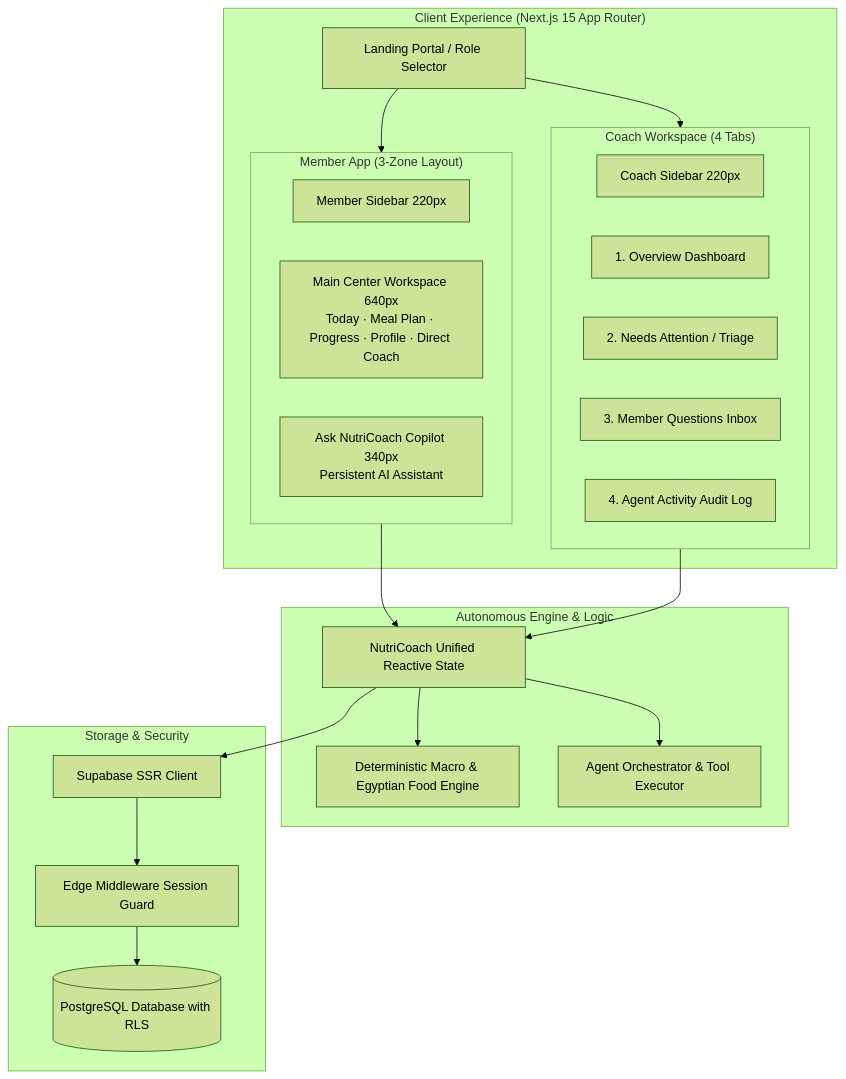
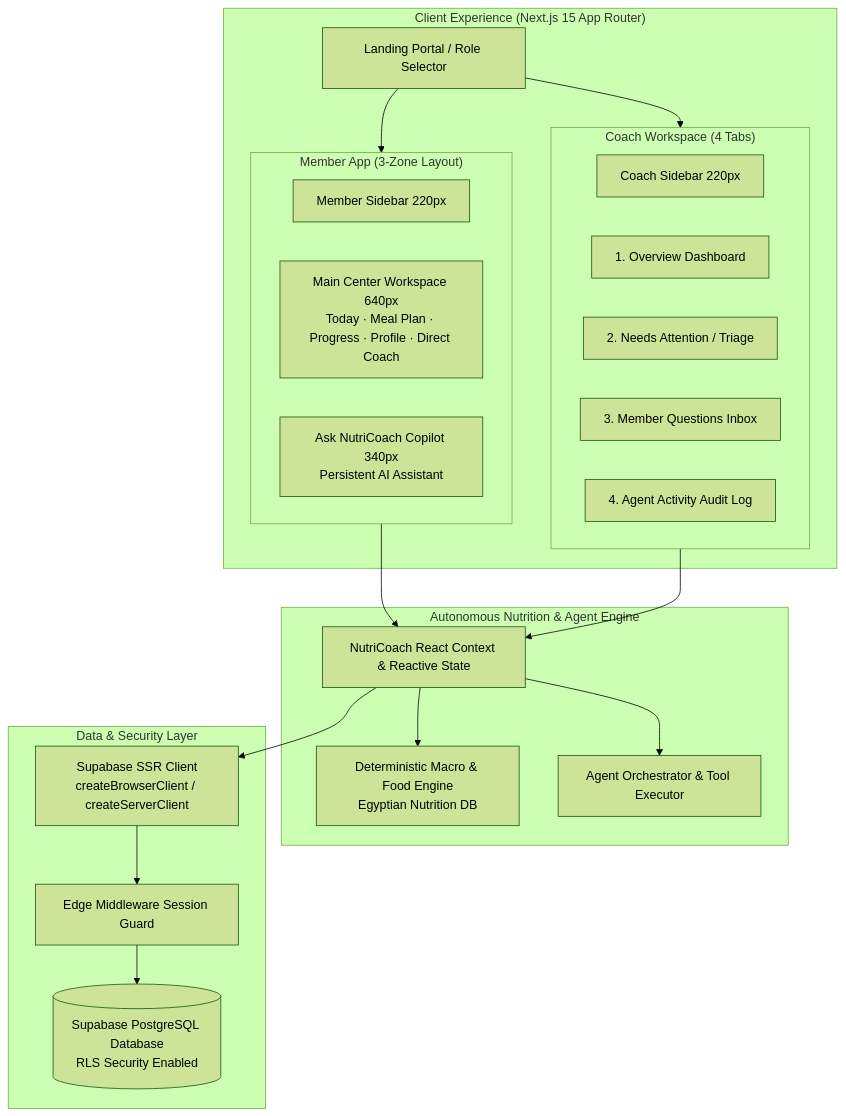
One commit to Kholoud-Alsaady/nutricoach-app changed the first of 3 diagrams in README.md. Above: the diagram before and after it, drawn with Mermaid (forest theme). The commit also changed other lines of this file, not shown here.

Commit message:
Simplify README: concise overview, 2 interfaces, features, and architecture diagrams

````diff
--- a/README.md
+++ b/README.md
@@ -13,44 +13,45 @@
 ```mermaid
 graph TD
     subgraph Client_Tier["Client Experience (Next.js 15 App Router)"]
         LP[Landing Portal / Role Selector]
         
         subgraph Member_App["Member App (3-Zone Layout)"]
             MS[Member Sidebar 220px]
             MC[Main Center Workspace 640px<br/>Today · Meal Plan · Progress · Profile · Direct Coach]
             ANC[Ask NutriCoach Copilot 340px<br/>Persistent AI Assistant]
         end
 
         subgraph Coach_Hub["Coach Workspace (4 Tabs)"]
             CS[Coach Sidebar 220px]
             CO[1. Overview Dashboard]
             CT[2. Needs Attention / Triage]
             CQ[3. Member Questions Inbox]
             CA[4. Agent Activity Audit Log]
         end
     end
 
-    subgraph Engine_Tier["Autonomous Engine & Logic"]
-        CTX[NutriCoach Unified Reactive State]
-        ME[Deterministic Macro & Egyptian Food Engine]
+    subgraph Logic_Tier["Autonomous Nutrition & Agent Engine"]
+        CTX[NutriCoach React Context & Reactive State]
+        ME[Deterministic Macro & Food Engine<br/>Egyptian Nutrition DB]
         ORCH[Agent Orchestrator & Tool Executor]
     end
 
-    subgraph Data_Tier["Storage & Security"]
+    subgraph Data_Tier["Data & Security Layer"]
         MW[Edge Middleware Session Guard]
-        SSR[Supabase SSR Client]
-        PG[(PostgreSQL Database with RLS)]
+        SSR[Supabase SSR Client<br/>createBrowserClient / createServerClient]
+        PG[(Supabase PostgreSQL Database<br/>RLS Security Enabled)]
     end
 
     LP --> Member_App
     LP --> Coach_Hub
     
     Member_App --> CTX
     Coach_Hub --> CTX
     
     CTX --> ME
     CTX --> ORCH
+    
     CTX --> SSR
     SSR --> MW
     MW --> PG
 ```
````
